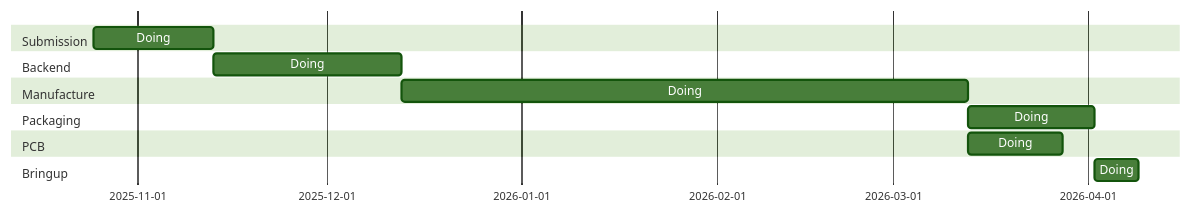
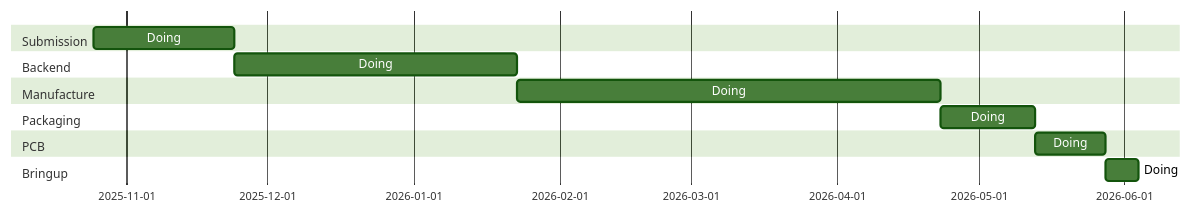
One commit to openecos-projects/.github changed the diagram in profile/README.md. Above: the diagram before and after it, drawn with Mermaid (forest theme).

Commit message:
docs: update tapeout shuttle

````diff
--- a/profile/README.md
+++ b/profile/README.md
@@ -38,16 +38,16 @@
   ```mermaid
   gantt
     dateFormat YYYY-MM
     section Submission
-      Doing: a1, 2025-10-25, 19d
+      Doing: a1, 2025-10-25, 30d
     section Backend
-      Doing: b1, 2025-11-13, 30d
+      Doing: b1, after a1, 60d
     section Manufacture
-      Doing: c1, after b1, 90d
+      Doing: d1, after b1, 90d
     section Packaging
-      Doing: d1, after c1, 20d
+      Doing: e1, after d1, 20d
     section PCB
-      Doing: e1, after c1, 15d
+      Doing: f1, after e1, 15d
     section Bringup
-      Doing: f1, after d1, 7d
+      Doing: g1, after f1, 7d
   ```
````
